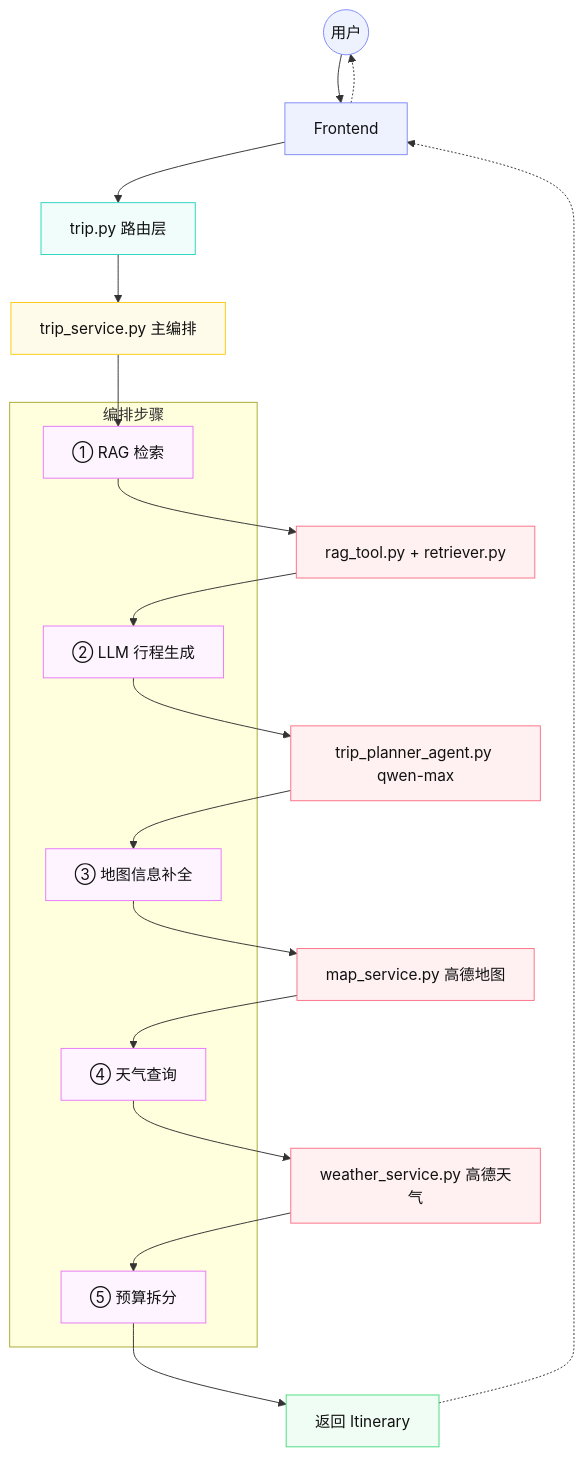
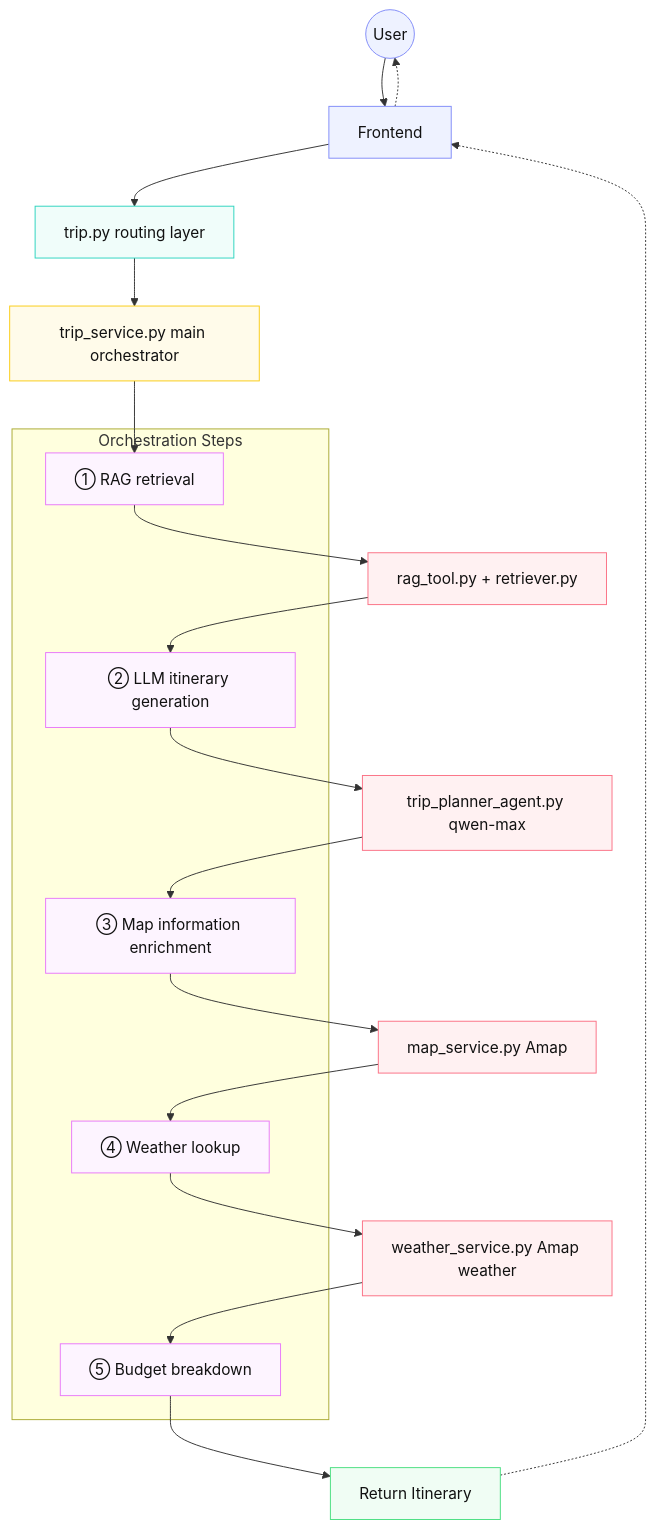
One commit to smartestjamie-art/ai-travel-planner changed the third of 3 diagrams in README.md. Above: the diagram before and after it, drawn with Mermaid. The commit also changed other lines of this file and 51 other files, not shown here.

````diff
--- a/README.md
+++ b/README.md
@@ -684,43 +459,43 @@
 ```mermaid
 flowchart TD
-    User(("用户"))
+    User(("User"))
     FE["Frontend"]
-    Route["trip.py 路由层"]
-    TripSvc["trip_service.py 主编排"]
+    Route["trip.py routing layer"]
+    TripSvc["trip_service.py main orchestrator"]
 
-    subgraph 编排步骤
-        Step1["① RAG 检索"]
-        Step2["② LLM 行程生成"]
-        Step3["③ 地图信息补全"]
-        Step4["④ 天气查询"]
-        Step5["⑤ 预算拆分"]
+    subgraph Orchestration Steps
+        Step1["① RAG retrieval"]
+        Step2["② LLM itinerary generation"]
+        Step3["③ Map information enrichment"]
+        Step4["④ Weather lookup"]
+        Step5["⑤ Budget breakdown"]
     end
 
     RAG["rag_tool.py + retriever.py"]
     LLM["trip_planner_agent.py qwen-max"]
-    Map["map_service.py 高德地图"]
-    Weather["weather_service.py 高德天气"]
-    Result["返回 Itinerary"]
+    Map["map_service.py Amap"]
+    Weather["weather_service.py Amap weather"]
+    Result["Return Itinerary"]
 
     User --> FE --> Route --> TripSvc
     TripSvc --> Step1 --> RAG
     RAG --> Step2 --> LLM
     LLM --> Step3 --> Map
     Map --> Step4 --> Weather
     Weather --> Step5 --> Result
     Result -.-> FE -.-> User
 
     classDef user fill:#eef2ff,stroke:#818cf8,color:#111;
     classDef route fill:#f0fdfa,stroke:#2dd4bf,color:#111;
     classDef svc fill:#fffbea,stroke:#facc15,color:#111;
     classDef step fill:#fdf4ff,stroke:#e879f9,color:#111;
     classDef ext fill:#fff1f2,stroke:#fb7185,color:#111;
     classDef out fill:#f0fdf4,stroke:#4ade80,color:#111;
 
     class User,FE user;
     class Route route;
     class TripSvc svc;
     class Step1,Step2,Step3,Step4,Step5 step;
     class RAG,LLM,Map,Weather ext;
     class Result out;
 ```
````
